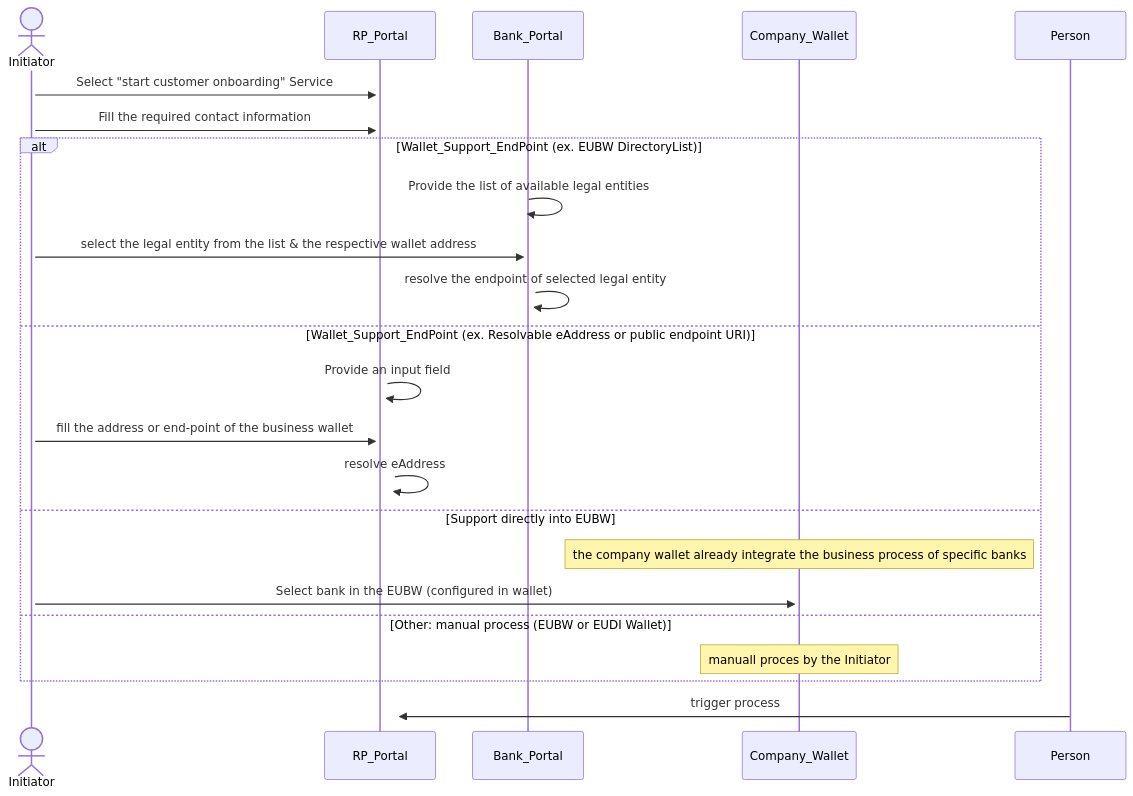
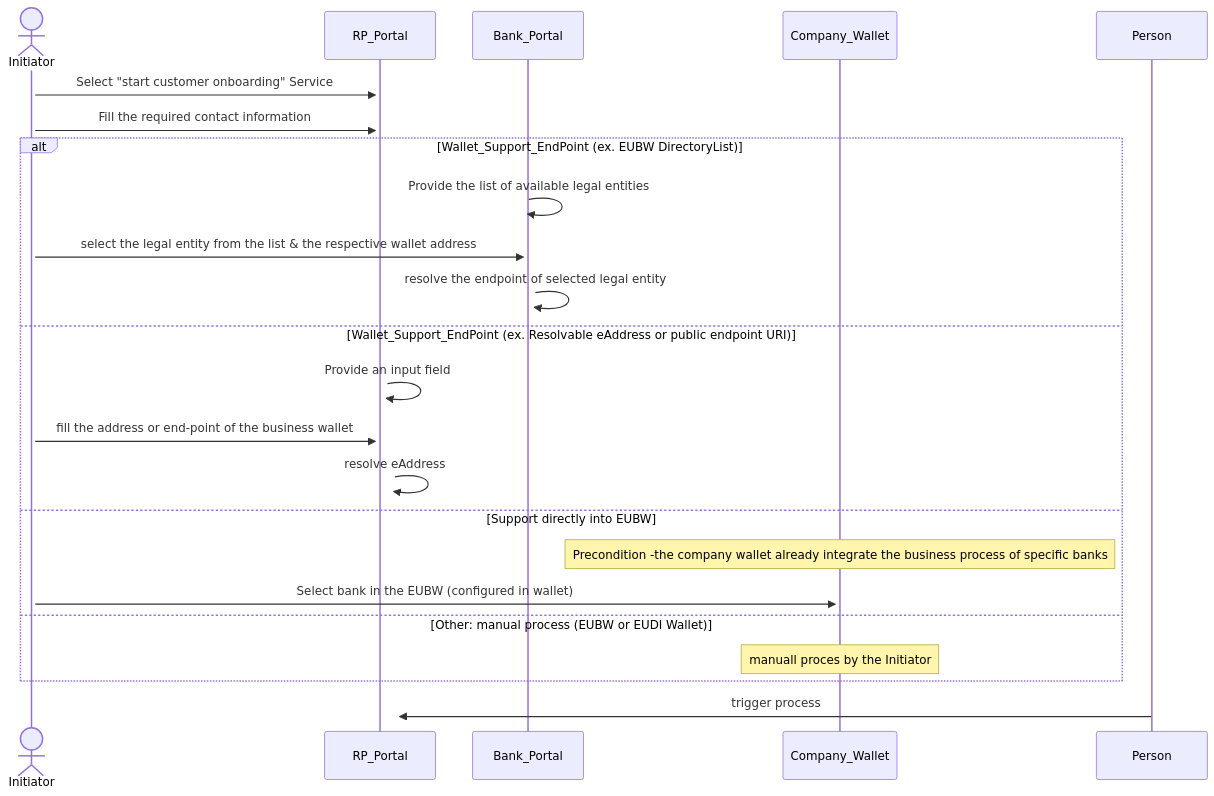
Before and after one commit to DominicHurni/wp3-technology-standards: the second of 7 diagrams in BU1/BU1_KYC.md, drawn with Mermaid. The commit also changed other lines of this file, not shown here.

````diff
--- a/BU1/BU1_KYC.md
+++ b/BU1/BU1_KYC.md
@@ -51,22 +54,22 @@
 ```mermaid
 sequenceDiagram
     actor Initiator
     activate Initiator
     Initiator->>+RP_Portal: Select "start customer onboarding" Service
     Initiator->>+RP_Portal: Fill the required contact information 
     alt Wallet_Support_EndPoint (ex. EUBW DirectoryList)
         Bank_Portal->>+Bank_Portal : Provide the list of available legal entities
         Initiator->>+Bank_Portal: select the legal entity from the list & the respective wallet address
         Bank_Portal->>+Bank_Portal: resolve the endpoint of selected legal entity
     else Wallet_Support_EndPoint (ex. Resolvable eAddress or public endpoint URI)
         RP_Portal->>+RP_Portal : Provide an input field
         Initiator->>+RP_Portal: fill the address or end-point of the business wallet
         RP_Portal->>+RP_Portal: resolve eAddress
     else Support directly into EUBW  
-        Note over Company_Wallet: the company wallet already integrate the business process of specific banks
+        Note over Company_Wallet: Precondition -the company wallet already integrate the business process of specific banks
         Initiator->>+Company_Wallet: Select bank in the EUBW (configured in wallet)
     else Other: manual process (EUBW or EUDI Wallet)
         Note over Company_Wallet: manuall proces by the Initiator
     end
     Person->>+RP_Portal: trigger process
 ```
````
